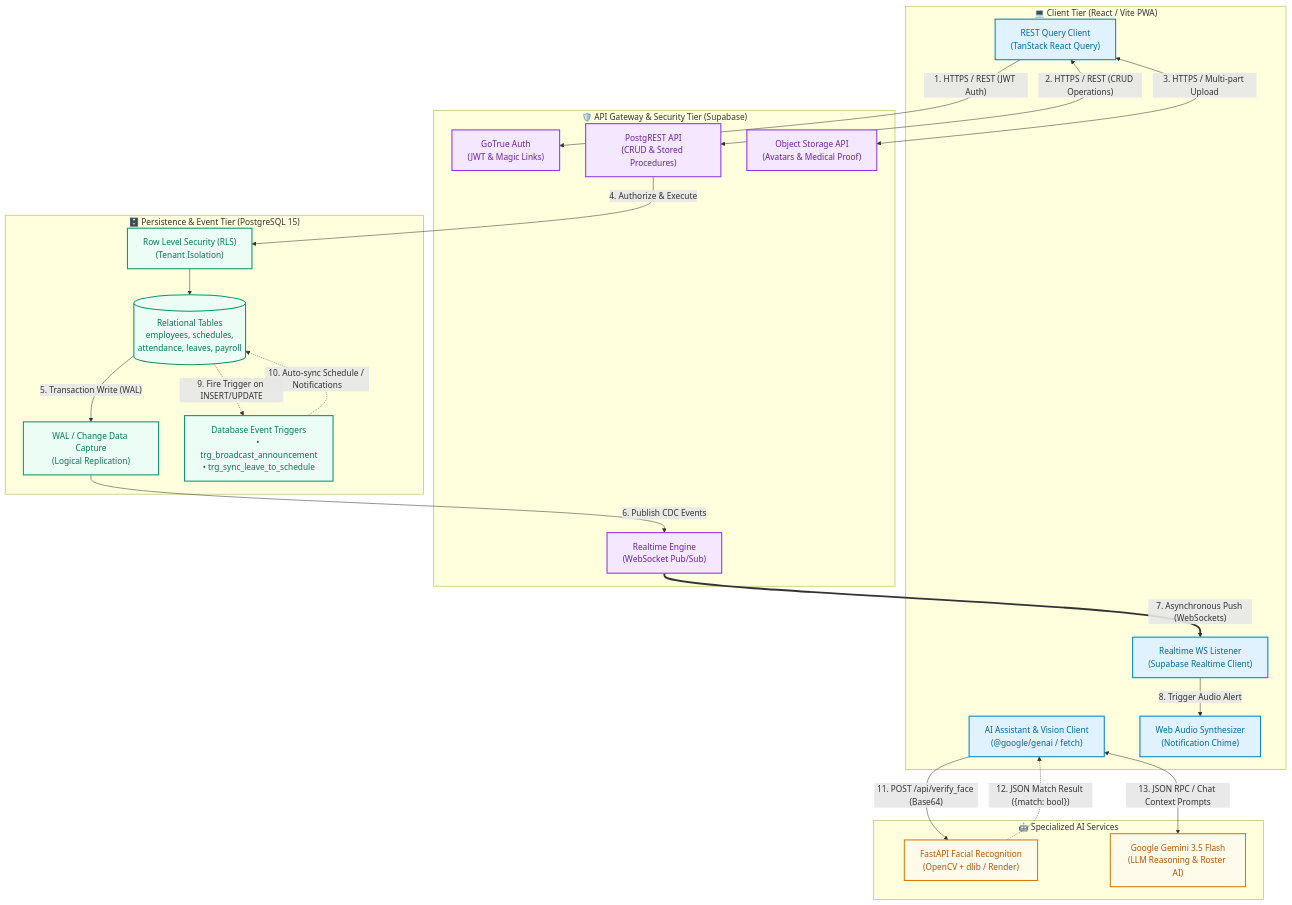
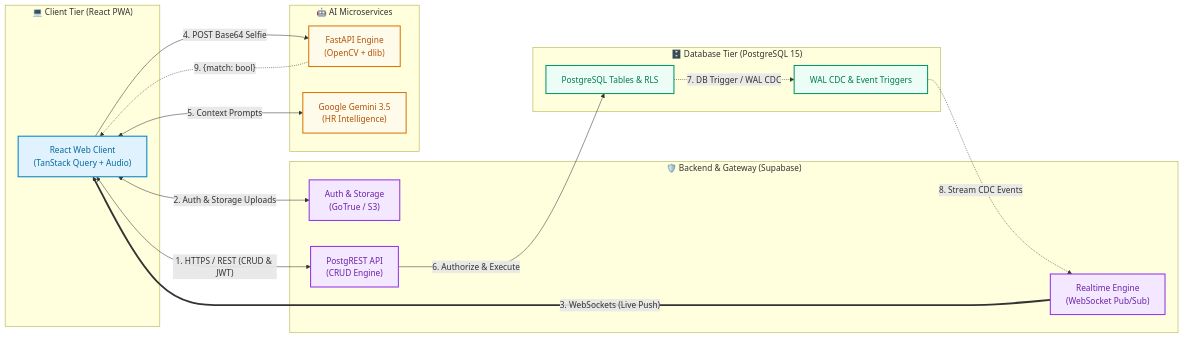
The seventh of 16 diagrams in Documentation/capstone_diagrams.md (vincenico28/WorkForcePro), drawn with Mermaid before and after one commit. The commit also changed other lines of this file and 1 other file, not shown here.

Commit message:
add system architecture and project documentation including Mermaid diagrams

````diff
--- a/Documentation/capstone_diagrams.md
+++ b/Documentation/capstone_diagrams.md
@@ -98,60 +98,45 @@
 ```mermaid
-graph TB
-    subgraph Client ["💻 Client Tier (React / Vite PWA)"]
-        UI_REST["REST Query Client<br/>(TanStack React Query)"]
-        UI_WS["Realtime WS Listener<br/>(Supabase Realtime Client)"]
-        UI_AI["AI Assistant & Vision Client<br/>(@google/genai / fetch)"]
-        UI_AUDIO["Web Audio Synthesizer<br/>(Notification Chime)"]
+graph LR
+    subgraph Client ["💻 Client Tier (React PWA)"]
+        UI["React Web Client<br/>(TanStack Query + Audio)"]
     end
 
-    subgraph Gateway ["🛡️ API Gateway & Security Tier (Supabase)"]
-        AUTH["GoTrue Auth<br/>(JWT & Magic Links)"]
-        REST_API["PostgREST API<br/>(CRUD & Stored Procedures)"]
-        STORAGE["Object Storage API<br/>(Avatars & Medical Proof)"]
-        RT_BROKER["Realtime Engine<br/>(WebSocket Pub/Sub)"]
+    subgraph BaaS ["🛡️ Backend & Gateway (Supabase)"]
+        AUTH["Auth & Storage<br/>(GoTrue / S3)"]
+        API["PostgREST API<br/>(CRUD Engine)"]
+        RT["Realtime Engine<br/>(WebSocket Pub/Sub)"]
     end
 
-    subgraph DataTier ["🗄️ Persistence & Event Tier (PostgreSQL 15)"]
-        RLS["Row Level Security (RLS)<br/>(Tenant Isolation)"]
-        DB_TABLES[("Relational Tables<br/>employees, schedules,<br/>attendance, leaves, payroll")]
-        WAL_CDC["WAL / Change Data Capture<br/>(Logical Replication)"]
-        TRIGGERS["Database Event Triggers<br/>• trg_broadcast_announcement<br/>• trg_sync_leave_to_schedule"]
+    subgraph DB ["🗄️ Database Tier (PostgreSQL 15)"]
+        RLS["PostgreSQL Tables & RLS"]
+        TRIG["WAL CDC & Event Triggers"]
     end
 
-    subgraph Microservices ["🤖 Specialized AI Services"]
-        FACE_AI["FastAPI Facial Recognition<br/>(OpenCV + dlib / Render)"]
-        GEMINI_AI["Google Gemini 3.5 Flash<br/>(LLM Reasoning & Roster AI)"]
+    subgraph AI ["🤖 AI Microservices"]
+        FACE["FastAPI Engine<br/>(OpenCV + dlib)"]
+        GEM["Google Gemini 3.5<br/>(HR Intelligence)"]
     end
 
-    %% 1. Synchronous REST Patterns
-    UI_REST -->|"1. HTTPS / REST (JWT Auth)"| AUTH
-    UI_REST <-->|"2. HTTPS / REST (CRUD Operations)"| REST_API
-    UI_REST <-->|"3. HTTPS / Multi-part Upload"| STORAGE
-    REST_API -->|"4. Authorize & Execute"| RLS
-    RLS --> DB_TABLES
+    %% Client flows
+    UI <-->|"1. HTTPS / REST (CRUD & JWT)"| API
+    UI <-->|"2. Auth & Storage Uploads"| AUTH
+    RT ==>|"3. WebSockets (Live Push)"| UI
+    UI -->|"4. POST Base64 Selfie"| FACE
+    UI <-->|"5. Context Prompts"| GEM
 
-    %% 2. Asynchronous / Pub-Sub Patterns
-    DB_TABLES -->|"5. Transaction Write (WAL)"| WAL_CDC
-    WAL_CDC -->|"6. Publish CDC Events"| RT_BROKER
-    RT_BROKER ==>|"7. Asynchronous Push (WebSockets)"| UI_WS
-    UI_WS -->|"8. Trigger Audio Alert"| UI_AUDIO
-
-    %% 3. In-Database Event-Driven Patterns
-    DB_TABLES -.->|"9. Fire Trigger on INSERT/UPDATE"| TRIGGERS
-    TRIGGERS -.->|"10. Auto-sync Schedule / Notifications"| DB_TABLES
-
-    %% 4. AI Inference Patterns
-    UI_AI -->|"11. POST /api/verify_face (Base64)"| FACE_AI
-    FACE_AI -.->|"12. JSON Match Result ({match: bool})"| UI_AI
-    UI_AI <-->|"13. JSON RPC / Chat Context Prompts"| GEMINI_AI
+    %% Backend & DB flows
+    API -->|"6. Authorize & Execute"| RLS
+    RLS -.->|"7. DB Trigger / WAL CDC"| TRIG
+    TRIG -.->|"8. Stream CDC Events"| RT
+    FACE -.->|"9. {match: bool}"| UI
 
     classDef client fill:#e0f2fe,stroke:#0284c7,stroke-width:2px,color:#0369a1;
-    classDef gateway fill:#f3e8ff,stroke:#9333ea,stroke-width:2px,color:#6b21a8;
-    classDef data fill:#ecfdf5,stroke:#059669,stroke-width:2px,color:#047857;
+    classDef baas fill:#f3e8ff,stroke:#9333ea,stroke-width:2px,color:#6b21a8;
+    classDef db fill:#ecfdf5,stroke:#059669,stroke-width:2px,color:#047857;
     classDef ai fill:#fffbeb,stroke:#d97706,stroke-width:2px,color:#b45309;
 
-    class UI_REST,UI_WS,UI_AI,UI_AUDIO client;
-    class AUTH,REST_API,STORAGE,RT_BROKER gateway;
-    class RLS,DB_TABLES,WAL_CDC,TRIGGERS data;
-    class FACE_AI,GEMINI_AI ai;
+    class UI client;
+    class AUTH,API,RT baas;
+    class RLS,TRIG db;
+    class FACE,GEM ai;
 ```
````
